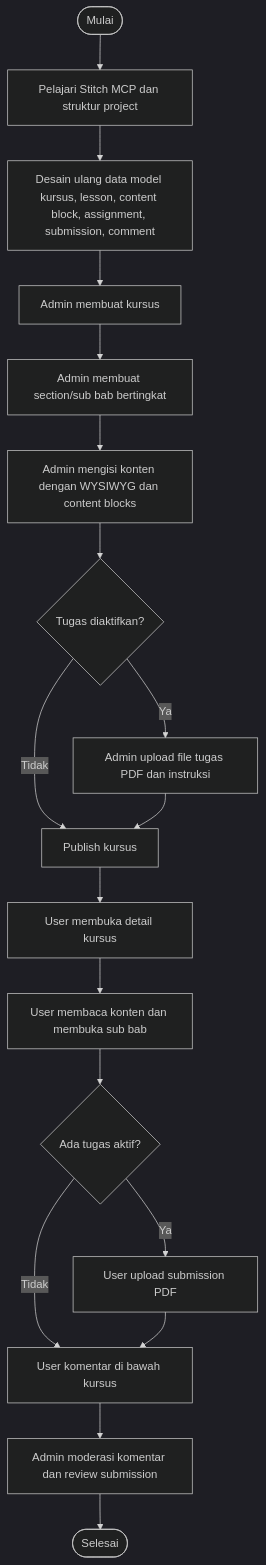
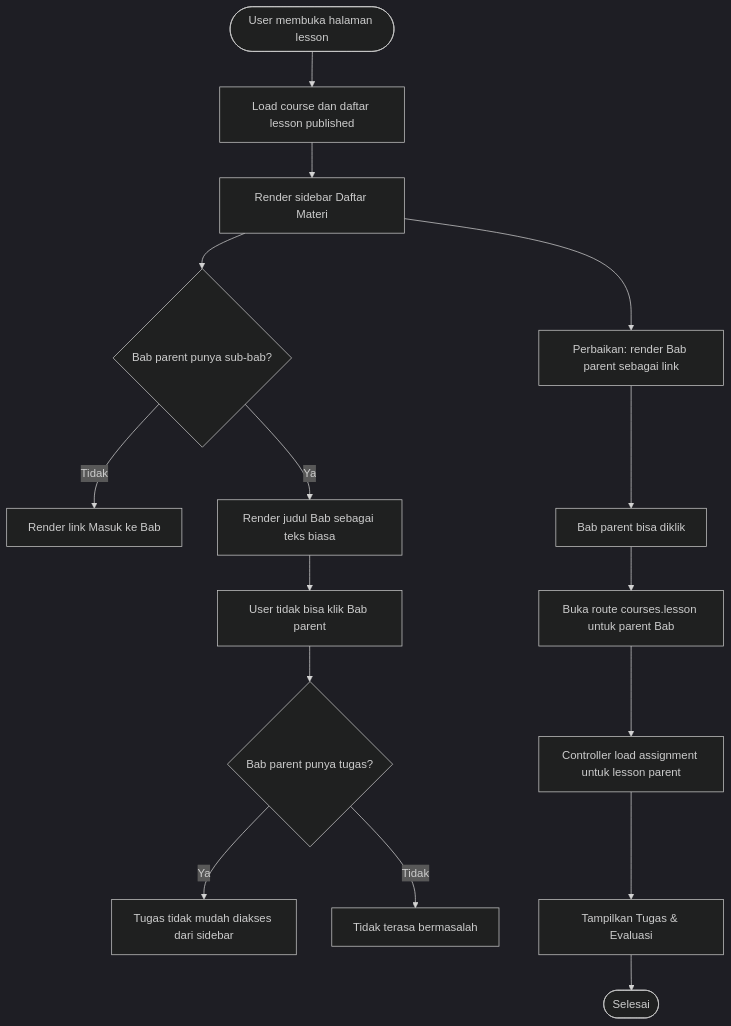
One commit to laravel2004/thinkverse changed the diagram in issue.md. Above: the diagram before and after it, drawn with Mermaid (dark theme). The commit also changed other lines of this file and 13 other files, not shown here.

````diff
--- a/issue.md
+++ b/issue.md
@@ -24,20 +66,19 @@
 ```mermaid
 flowchart TD
-    Start([Mulai]) --> Study[Pelajari Stitch MCP dan struktur project]
-    Study --> DataModel[Desain ulang data model kursus, lesson, content block, assignment, submission, comment]
-    DataModel --> AdminCourse[Admin membuat kursus]
-    AdminCourse --> AdminLessons[Admin membuat section/sub bab bertingkat]
-    AdminLessons --> Editor[Admin mengisi konten dengan WYSIWYG dan content blocks]
-    Editor --> TaskCheck{Tugas diaktifkan?}
-    TaskCheck -- Tidak --> Publish[Publish kursus]
-    TaskCheck -- Ya --> UploadTask[Admin upload file tugas PDF dan instruksi]
-    UploadTask --> Publish
-    Publish --> UserOpen[User membuka detail kursus]
-    UserOpen --> ReadContent[User membaca konten dan membuka sub bab]
-    ReadContent --> NeedSubmit{Ada tugas aktif?}
-    NeedSubmit -- Tidak --> Comment[User komentar di bawah kursus]
-    NeedSubmit -- Ya --> SubmitPDF[User upload submission PDF]
-    SubmitPDF --> Comment
-    Comment --> AdminReview[Admin moderasi komentar dan review submission]
-    AdminReview --> End([Selesai])
+    Start([User membuka halaman lesson]) --> LoadCourse[Load course dan daftar lesson published]
+    LoadCourse --> RenderSidebar[Render sidebar Daftar Materi]
+    RenderSidebar --> CheckChapter{Bab parent punya sub-bab?}
+    CheckChapter -- Tidak --> RenderSingleLink[Render link Masuk ke Bab]
+    CheckChapter -- Ya --> CurrentProblem[Render judul Bab sebagai teks biasa]
+    CurrentProblem --> UserCannotClick[User tidak bisa klik Bab parent]
+    UserCannotClick --> AssignmentHidden{Bab parent punya tugas?}
+    AssignmentHidden -- Ya --> TaskNotReachable[Tugas tidak mudah diakses dari sidebar]
+    AssignmentHidden -- Tidak --> LessCritical[Tidak terasa bermasalah]
+
+    RenderSidebar --> Fix[Perbaikan: render Bab parent sebagai link]
+    Fix --> ParentClickable[Bab parent bisa diklik]
+    ParentClickable --> OpenParentLesson[Buka route courses.lesson untuk parent Bab]
+    OpenParentLesson --> LoadAssignments[Controller load assignment untuk lesson parent]
+    LoadAssignments --> ShowTask[Tampilkan Tugas & Evaluasi]
+    ShowTask --> End([Selesai])
 ```
````
